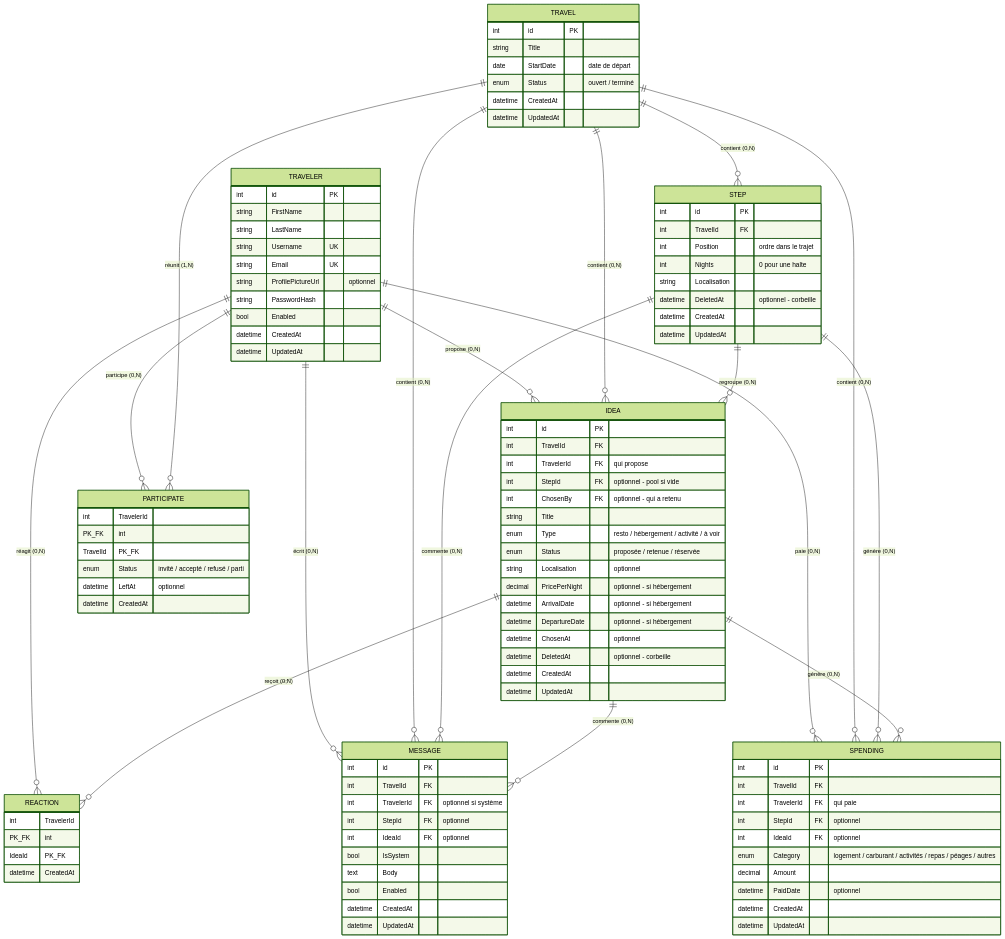
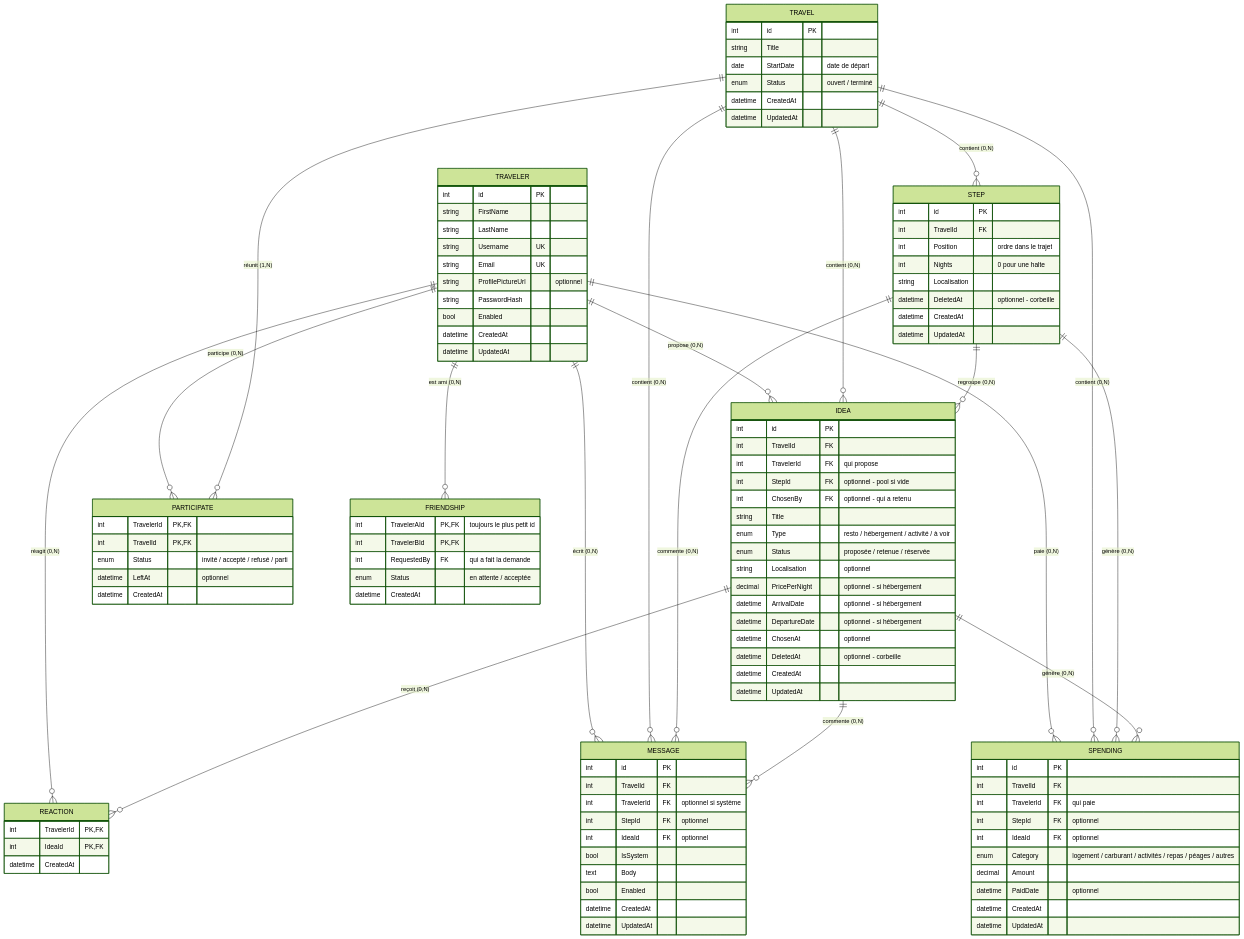
One commit to Blueton23/Transcendence changed the diagram in docs/data-model/model_v3.md. Above: the diagram before and after it, drawn with Mermaid (forest theme). The commit also changed other lines of this file and 1 other file, not shown here.

Commit message:
modif model_v3.md + png

```diff
--- a/docs/data-model/model_v3.md
+++ b/docs/data-model/model_v3.md
@@ -17,6 +17,7 @@
     TRAVELER ||--o{ REACTION : "réagit (0,N)"
     TRAVELER ||--o{ MESSAGE : "écrit (0,N)"
     TRAVELER ||--o{ SPENDING : "paie (0,N)"
+    TRAVELER ||--o{ FRIENDSHIP : "est ami (0,N)"
 
     TRAVEL ||--o{ STEP : "contient (0,N)"
     TRAVEL ||--o{ IDEA : "contient (0,N)"
@@ -85,14 +86,22 @@
     }
 
     REACTION {
-        int TravelerId PK_FK
-        int IdeaId PK_FK
+        int TravelerId PK, FK
+        int IdeaId PK, FK
+        datetime CreatedAt
+    }
+
+    FRIENDSHIP {
+        int TravelerAId PK, FK "toujours le plus petit id"
+        int TravelerBId PK, FK
+        int RequestedBy FK "qui a fait la demande"
+        enum Status "en attente / acceptée"
         datetime CreatedAt
     }
 
     PARTICIPATE {
-        int TravelerId PK_FK
-        int TravelId PK_FK
+        int TravelerId PK, FK
+        int TravelId PK, FK
         enum Status "invité / accepté / refusé / parti"
         datetime LeftAt "optionnel"
         datetime CreatedAt
```
